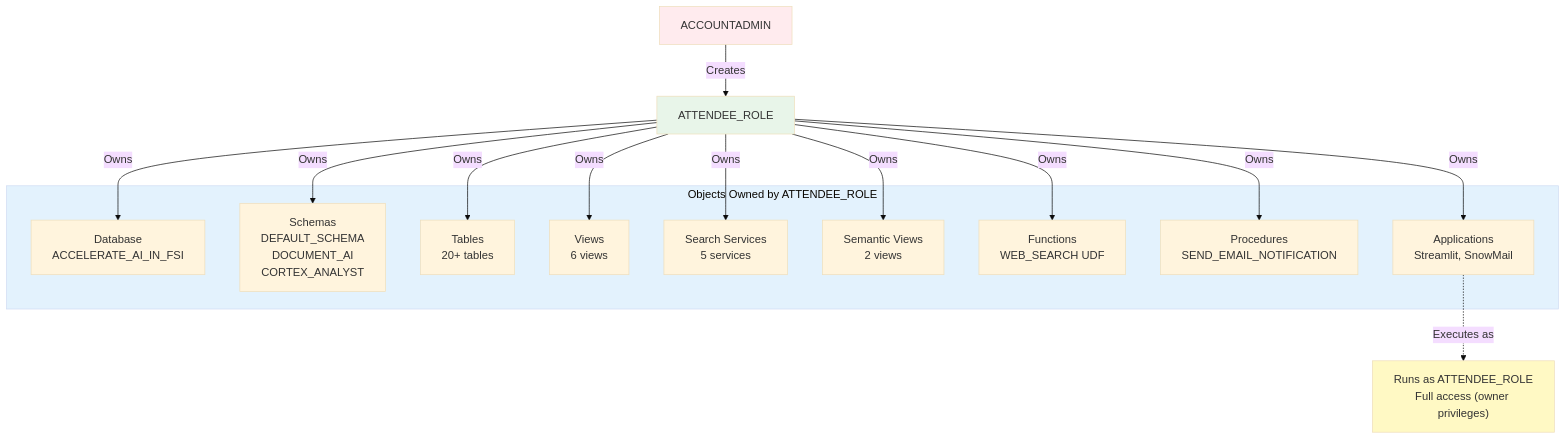
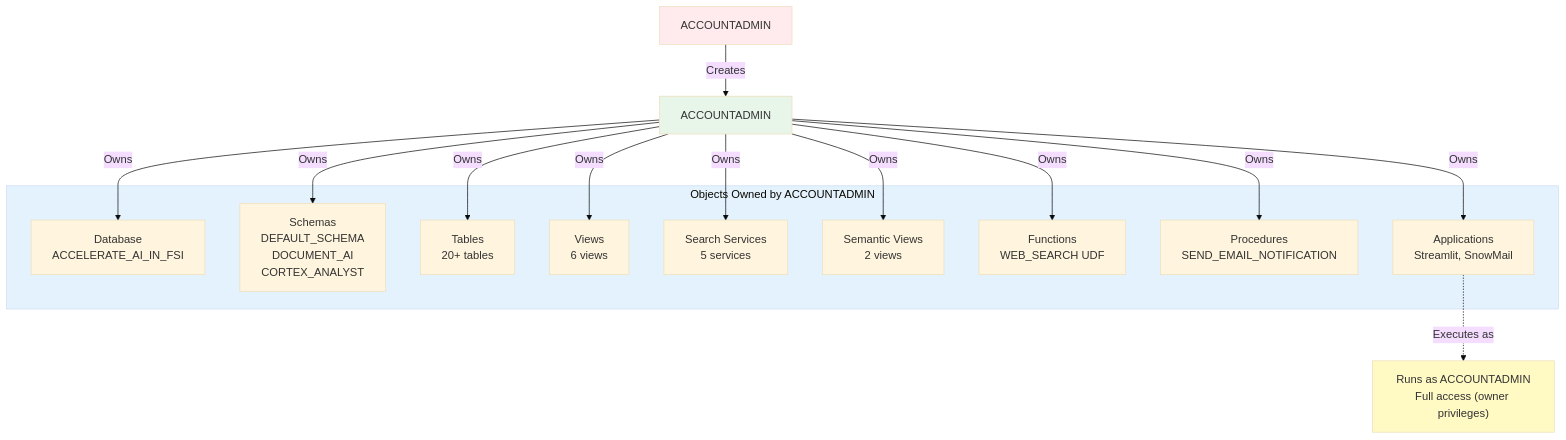
Before and after one commit to sfc-gh-boconnor/Build-an-AI-Assistant-for-FSI-with-AISQL-and-Snowflake-Intelligence: the third of 4 diagrams in quickstart.md, drawn with Mermaid (base theme). The commit also changed other lines of this file and 5 other files, not shown here.

First line of the commit message:
Remove all ATTENDEE_ROLE references - use ACCOUNTADMIN everywhere

````diff
--- a/quickstart.md
+++ b/quickstart.md
@@ -2195,36 +2195,36 @@
 ```mermaid
 graph TD
     ADMIN["ACCOUNTADMIN"]
-    ROLE["ATTENDEE_ROLE"]
+    ROLE["ACCOUNTADMIN"]
     
-    subgraph Owned["Objects Owned by ATTENDEE_ROLE"]
+    subgraph Owned["Objects Owned by ACCOUNTADMIN"]
         DB["Database<br/>ACCELERATE_AI_IN_FSI"]
         SCHEMAS["Schemas<br/>DEFAULT_SCHEMA<br/>DOCUMENT_AI<br/>CORTEX_ANALYST"]
         TABLES["Tables<br/>20+ tables"]
         VIEWS["Views<br/>6 views"]
         SEARCH["Search Services<br/>5 services"]
         SEM["Semantic Views<br/>2 views"]
         FUNC["Functions<br/>WEB_SEARCH UDF"]
         PROC["Procedures<br/>SEND_EMAIL_NOTIFICATION"]
         APPS["Applications<br/>Streamlit, SnowMail"]
     end
     
-    ACCESS["Runs as ATTENDEE_ROLE<br/>Full access (owner privileges)"]
+    ACCESS["Runs as ACCOUNTADMIN<br/>Full access (owner privileges)"]
     
     ADMIN -->|Creates| ROLE
     ROLE -->|Owns| DB
     ROLE -->|Owns| SCHEMAS
     ROLE -->|Owns| TABLES
     ROLE -->|Owns| VIEWS
     ROLE -->|Owns| SEARCH
     ROLE -->|Owns| SEM
     ROLE -->|Owns| FUNC
     ROLE -->|Owns| PROC
     ROLE -->|Owns| APPS
     APPS -.->|Executes as| ACCESS
     
     style ADMIN fill:#ffebee
     style ROLE fill:#e8f5e9
     style Owned fill:#e3f2fd
     style ACCESS fill:#fff9c4
 ```
````
